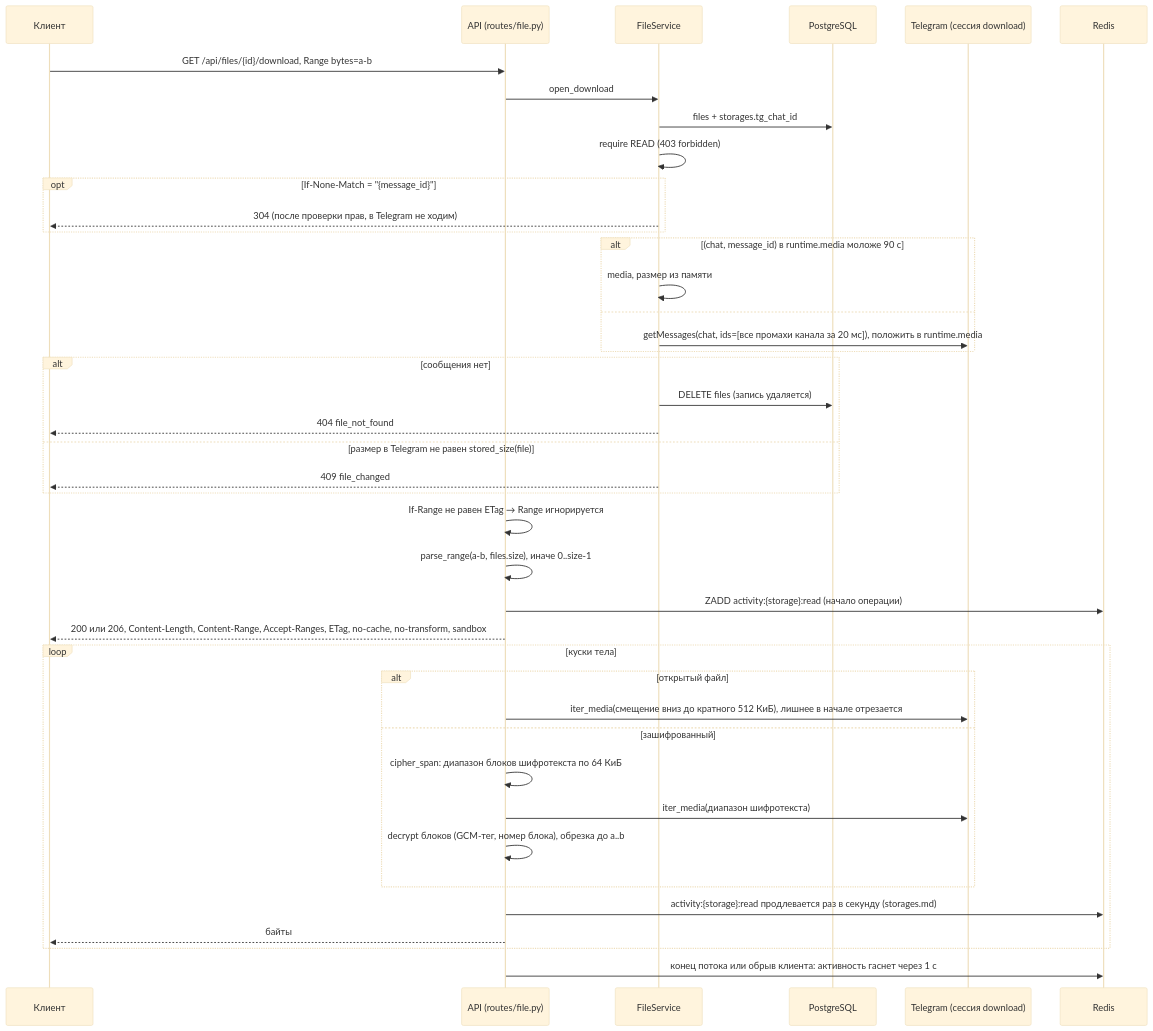
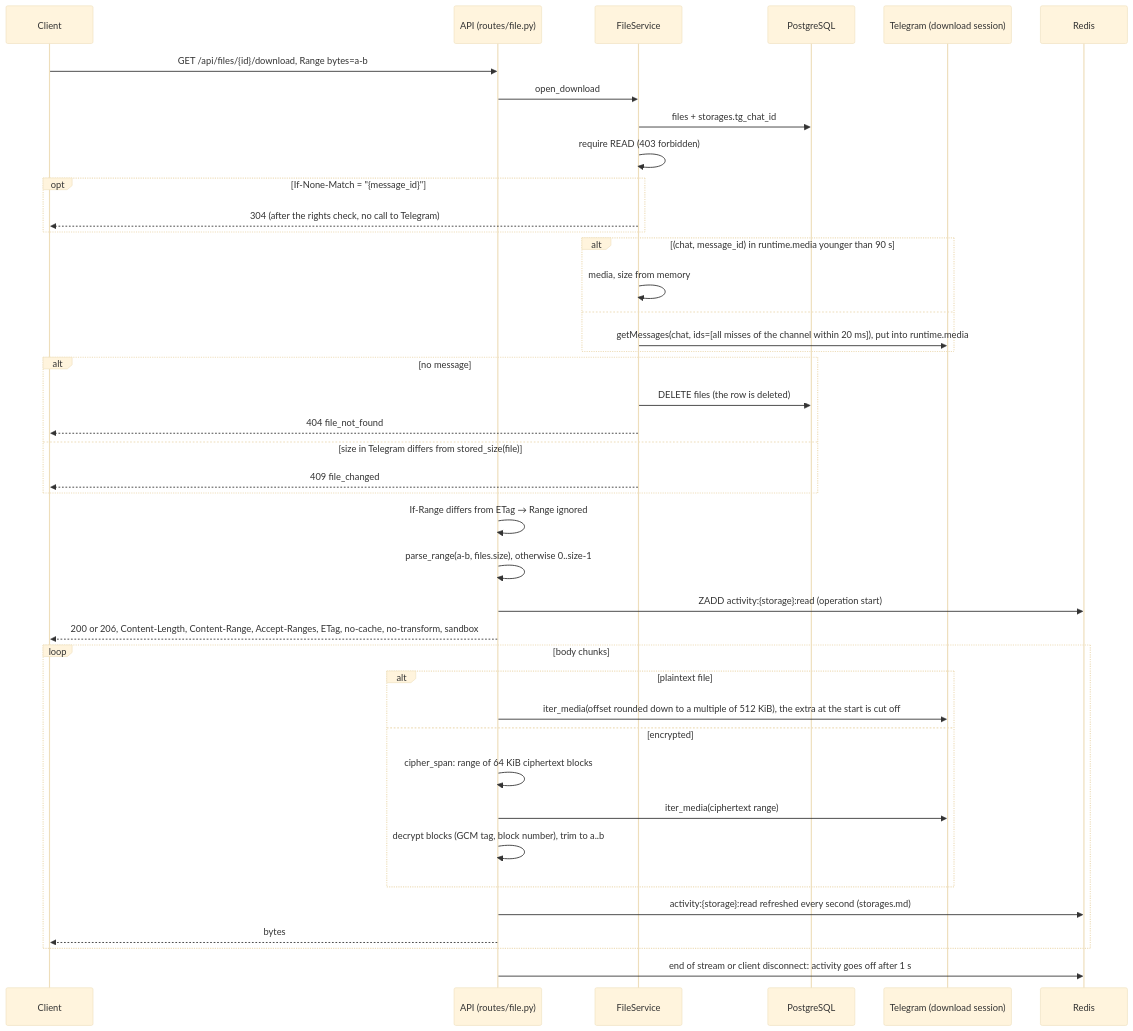
One commit to NikitkaZXC/tcloud-backend changed the third of 3 diagrams in docs/flows/folders-and-files.md. Above: the diagram before and after it, drawn with Mermaid (base theme). The commit also changed other lines of this file and 20 other files, not shown here.

````diff
--- a/docs/flows/folders-and-files.md
+++ b/docs/flows/folders-and-files.md
@@ -310,43 +310,43 @@
 ```mermaid
 sequenceDiagram
-    participant C as Клиент
+    participant C as Client
     participant A as API (routes/file.py)
     participant F as FileService
     participant DB as PostgreSQL
-    participant TG as Telegram (сессия download)
+    participant TG as Telegram (download session)
     participant R as Redis
     C->>A: GET /api/files/{id}/download, Range bytes=a-b
     A->>F: open_download
     F->>DB: files + storages.tg_chat_id
     F->>F: require READ (403 forbidden)
     opt If-None-Match = "{message_id}"
-        F-->>C: 304 (после проверки прав, в Telegram не ходим)
+        F-->>C: 304 (after the rights check, no call to Telegram)
     end
-    alt (chat, message_id) в runtime.media моложе 90 с
-        F->>F: media, размер из памяти
+    alt (chat, message_id) in runtime.media younger than 90 s
+        F->>F: media, size from memory
     else
-        F->>TG: getMessages(chat, ids=[все промахи канала за 20 мс]), положить в runtime.media
+        F->>TG: getMessages(chat, ids=[all misses of the channel within 20 ms]), put into runtime.media
     end
-    alt сообщения нет
-        F->>DB: DELETE files (запись удаляется)
+    alt no message
+        F->>DB: DELETE files (the row is deleted)
         F-->>C: 404 file_not_found
-    else размер в Telegram не равен stored_size(file)
+    else size in Telegram differs from stored_size(file)
         F-->>C: 409 file_changed
     end
-    A->>A: If-Range не равен ETag → Range игнорируется
-    A->>A: parse_range(a-b, files.size), иначе 0..size-1
-    A->>R: ZADD activity:{storage}:read (начало операции)
-    A-->>C: 200 или 206, Content-Length, Content-Range, Accept-Ranges, ETag, no-cache, no-transform, sandbox
-    loop куски тела
-        alt открытый файл
-            A->>TG: iter_media(смещение вниз до кратного 512 КиБ), лишнее в начале отрезается
-        else зашифрованный
-            A->>A: cipher_span: диапазон блоков шифротекста по 64 КиБ
-            A->>TG: iter_media(диапазон шифротекста)
-            A->>A: decrypt блоков (GCM-тег, номер блока), обрезка до a..b
+    A->>A: If-Range differs from ETag → Range ignored
+    A->>A: parse_range(a-b, files.size), otherwise 0..size-1
+    A->>R: ZADD activity:{storage}:read (operation start)
+    A-->>C: 200 or 206, Content-Length, Content-Range, Accept-Ranges, ETag, no-cache, no-transform, sandbox
+    loop body chunks
+        alt plaintext file
+            A->>TG: iter_media(offset rounded down to a multiple of 512 KiB), the extra at the start is cut off
+        else encrypted
+            A->>A: cipher_span: range of 64 KiB ciphertext blocks
+            A->>TG: iter_media(ciphertext range)
+            A->>A: decrypt blocks (GCM tag, block number), trim to a..b
         end
-        A->>R: activity:{storage}:read продлевается раз в секунду (storages.md)
-        A-->>C: байты
+        A->>R: activity:{storage}:read refreshed every second (storages.md)
+        A-->>C: bytes
     end
-    A->>R: конец потока или обрыв клиента: активность гаснет через 1 с
+    A->>R: end of stream or client disconnect: activity goes off after 1 s
 ```
````
